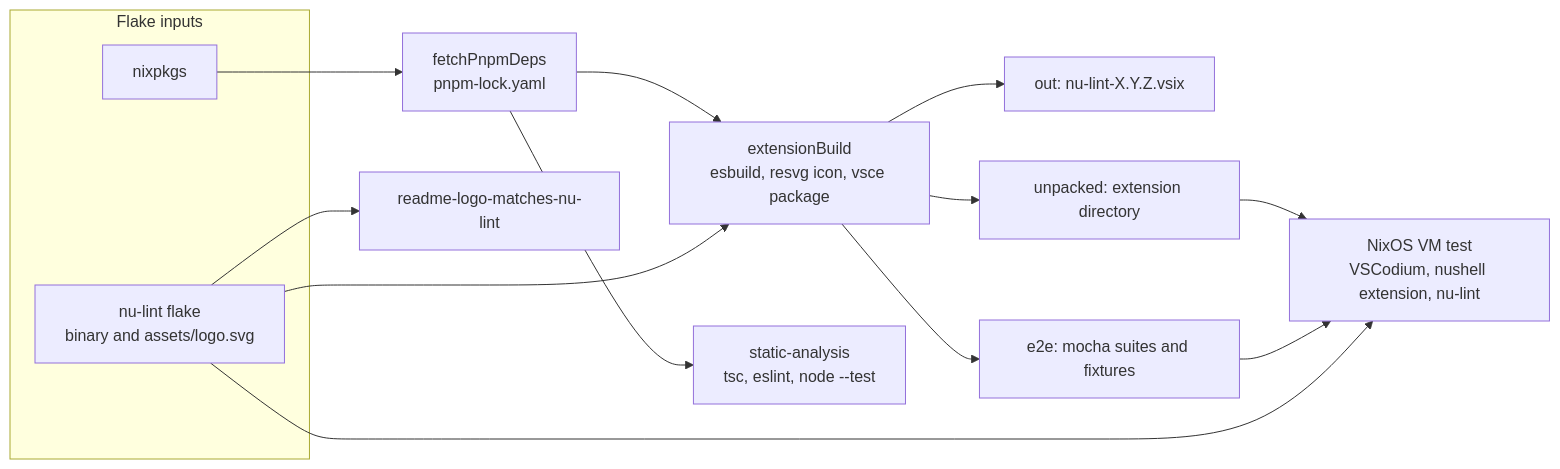
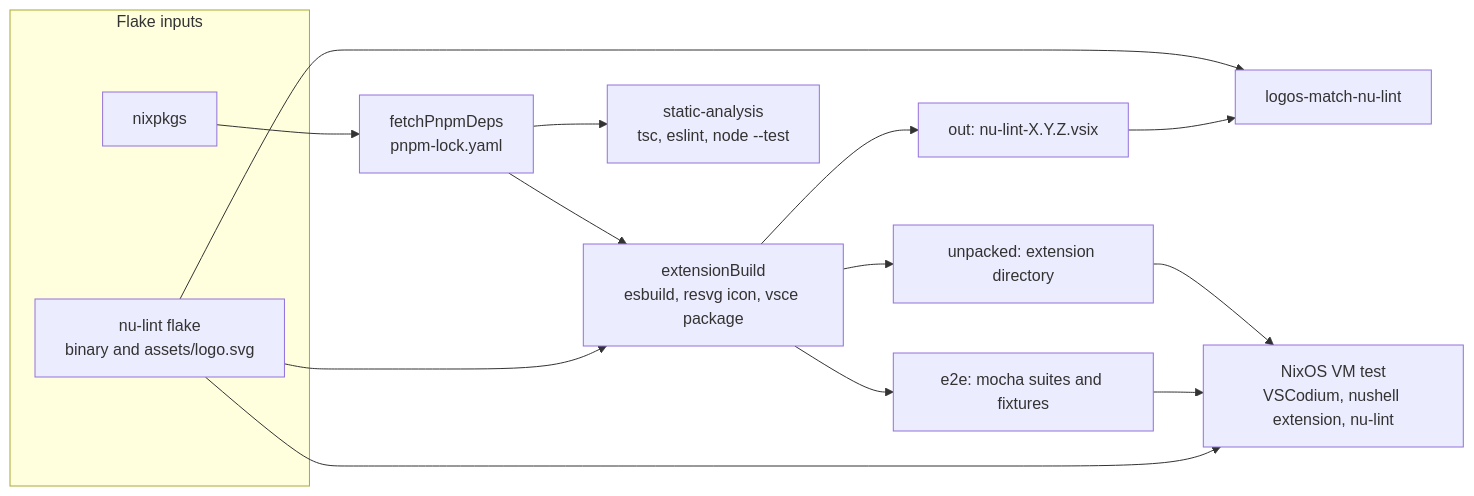
Before and after one commit to wvhulle/nu-lint-vscode: the sixth of 7 diagrams in docs/architecture.md, drawn with Mermaid. The commit also changed 4 other files, not shown here.

Commit message:
chore: switch to nu monogram logo and verify packaged icon against nu-lint

````diff
--- a/docs/architecture.md
+++ b/docs/architecture.md
@@ -123,27 +123,28 @@
 ```mermaid
 flowchart LR
     subgraph inputs["Flake inputs"]
         nixpkgs["nixpkgs"]
         nuLintInput["nu-lint flake<br/>binary and assets/logo.svg"]
     end
 
     pnpmDeps["fetchPnpmDeps<br/>pnpm-lock.yaml"]
     extensionBuild["extensionBuild<br/>esbuild, resvg icon, vsce package"]
     vsix["out: nu-lint-X.Y.Z.vsix"]
     unpacked["unpacked: extension directory"]
     e2eBundle["e2e: mocha suites and fixtures"]
     staticAnalysis["static-analysis<br/>tsc, eslint, node --test"]
-    logoCheck["readme-logo-matches-nu-lint"]
+    logoCheck["logos-match-nu-lint"]
     vmTest["NixOS VM test<br/>VSCodium, nushell extension, nu-lint"]
 
     nixpkgs --> pnpmDeps --> extensionBuild
     nuLintInput --> extensionBuild
     extensionBuild --> vsix
     extensionBuild --> unpacked
     extensionBuild --> e2eBundle
     pnpmDeps --> staticAnalysis
     nuLintInput --> logoCheck
+    vsix --> logoCheck
     unpacked --> vmTest
     e2eBundle --> vmTest
     nuLintInput --> vmTest
 ```
````
